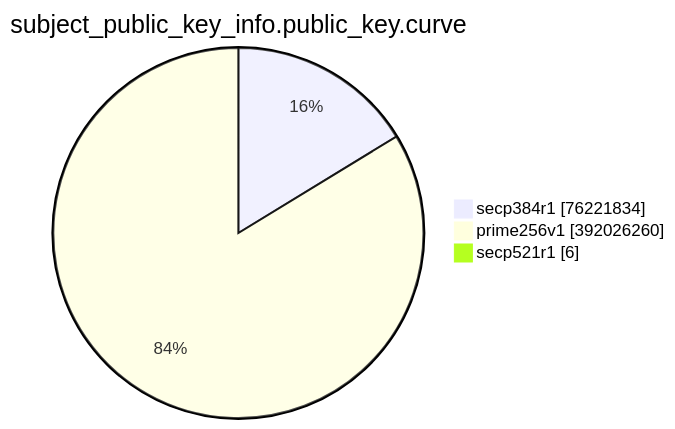
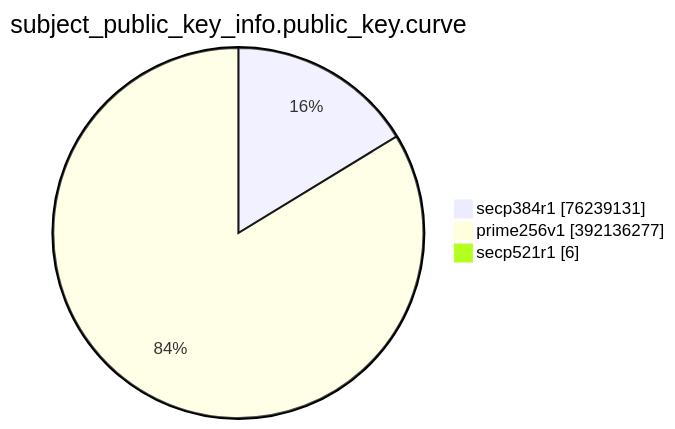
Before and after one commit to christiankrug/ctmonitor_visualization: the eighth of 15 diagrams in TOTAL/README.md, drawn with Mermaid. The commit also changed other lines of this file, not shown here.

````diff
--- a/TOTAL/README.md
+++ b/TOTAL/README.md
@@ -3094,7 +3094,7 @@
 ```mermaid
 pie showData
 title subject_public_key_info.public_key.curve
-"secp384r1" :76221834
-"prime256v1" :392026260
+"secp384r1" :76239131
+"prime256v1" :392136277
 "secp521r1" :6
 ```
````
